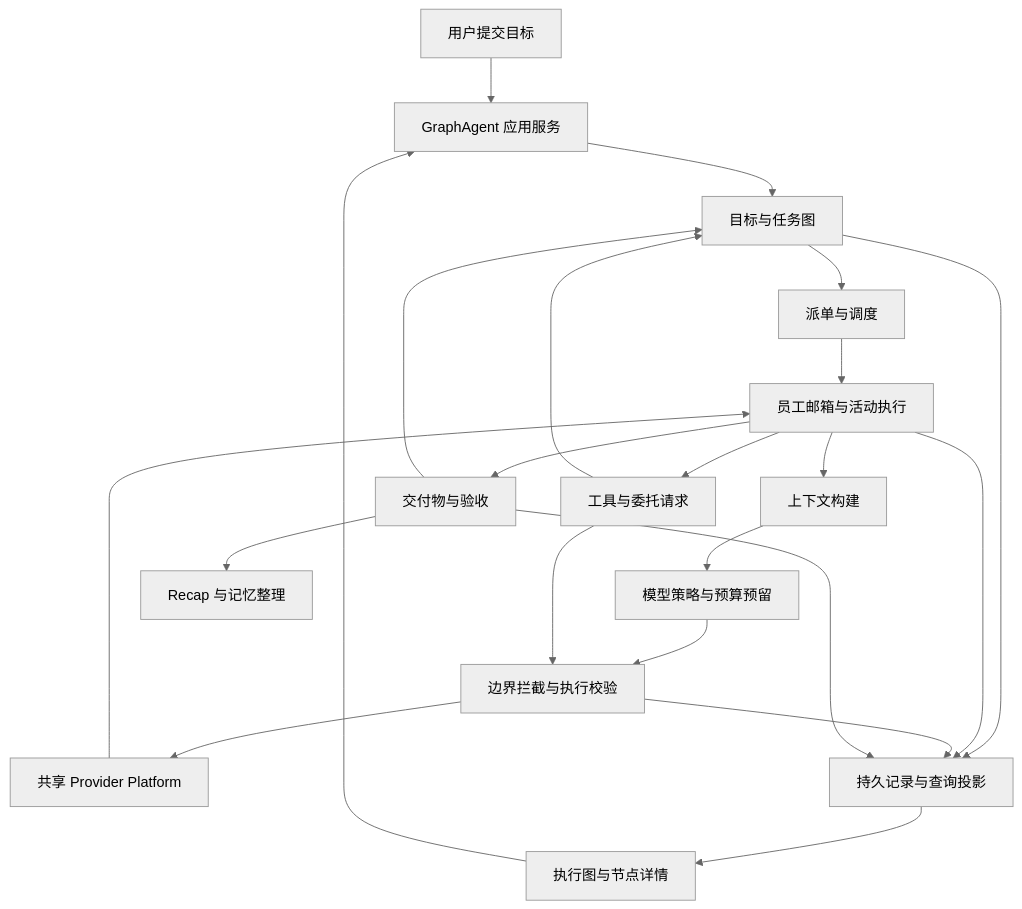
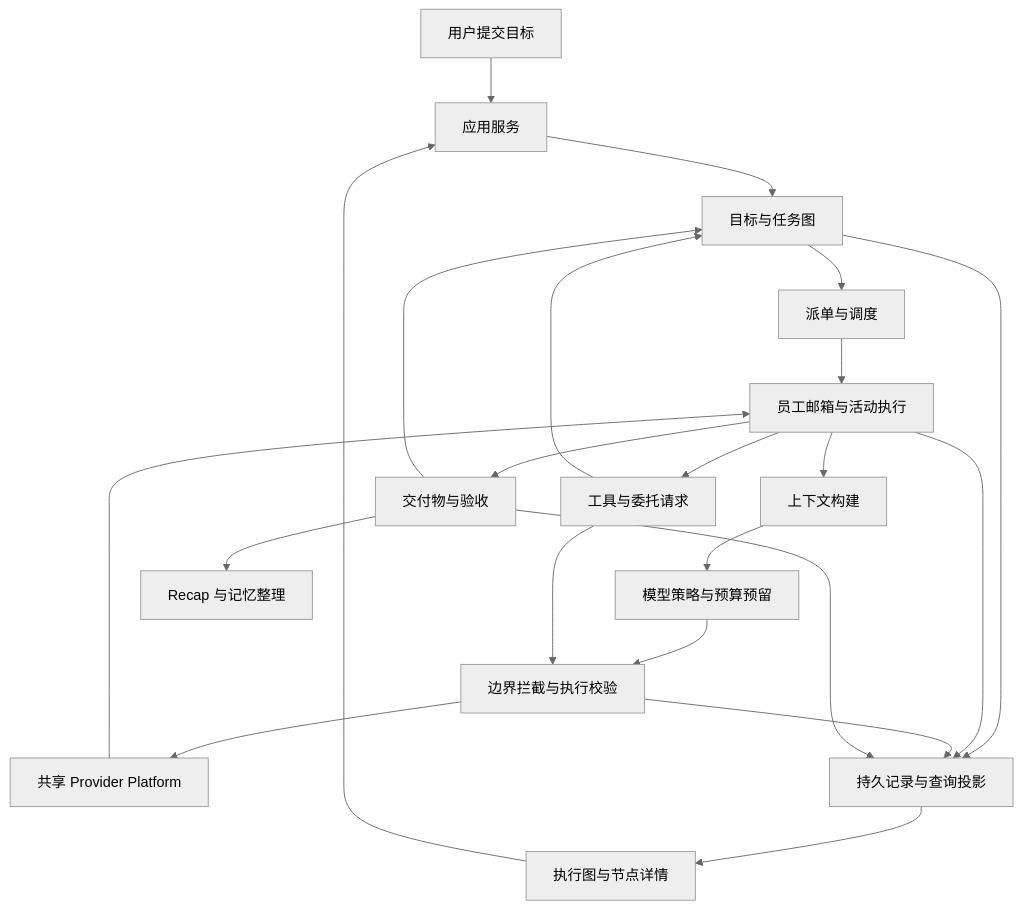
The diagram in docs/graph-agent/design.md (SwingCosmic/astra-conductor), drawn with Mermaid (neutral theme) before and after one commit. The commit also changed other lines of this file and 26 other files, not shown here.

````diff
--- a/docs/graph-agent/design.md
+++ b/docs/graph-agent/design.md
@@ -60,24 +55,24 @@
 ```mermaid
 flowchart TD
-    U[用户提交目标] --> APP[GraphAgent 应用服务]
+    U[用户提交目标] --> APP[应用服务]
     APP --> G[目标与任务图]
     G --> S[派单与调度]
     S --> A[员工邮箱与活动执行]
     A --> C[上下文构建]
     C --> P[模型策略与预算预留]
     P --> I[边界拦截与执行校验]
     I --> M[共享 Provider Platform]
     M --> A
     A --> T[工具与委托请求]
     T --> I
     T --> G
     A --> R[交付物与验收]
     R --> G
     R --> K[Recap 与记忆整理]
     G --> D[持久记录与查询投影]
     A --> D
     I --> D
     R --> D
     D --> V[执行图与节点详情]
     V --> APP
 ```
````
